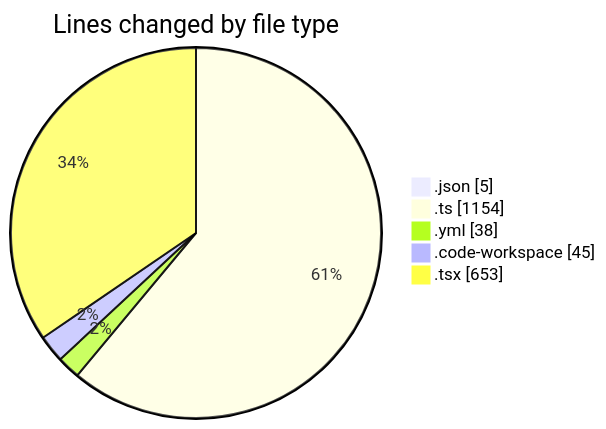
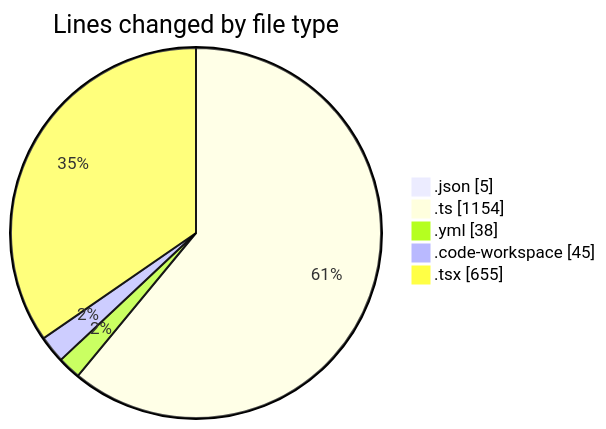
Before and after one commit to julien-gomy/code-tracking: the first of 2 diagrams in 2025-11-25/eventscop-frontend-guide__workspace_/README.md, drawn with Mermaid. The commit also changed other lines of this file and 1 other file, not shown here.

````diff
--- a/2025-11-25/eventscop-frontend-guide__workspace_/README.md
+++ b/2025-11-25/eventscop-frontend-guide__workspace_/README.md
@@ -31,9 +31,9 @@
 ```mermaid
 pie showData
 title Lines changed by file type
 ".json" : 5
 ".ts" : 1154
 ".yml" : 38
 ".code-workspace" : 45
-".tsx" : 653
+".tsx" : 655
 ```
````
